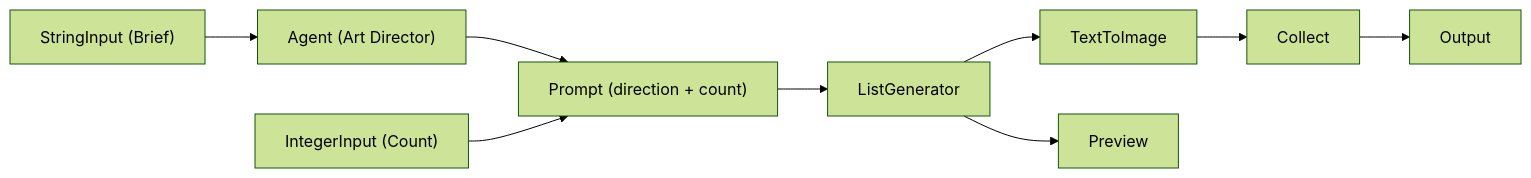
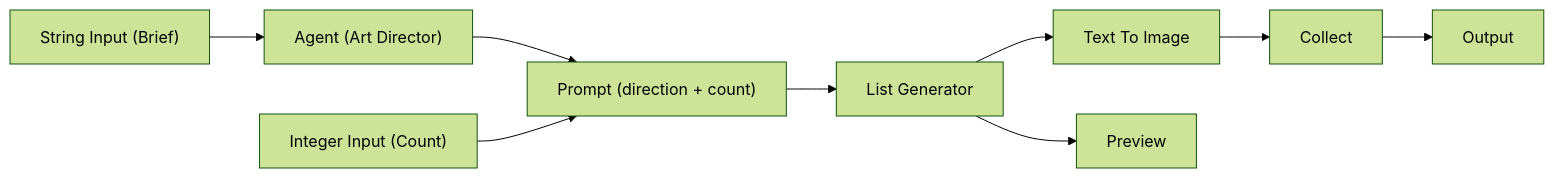
The sixth of 8 diagrams in docs/cookbook/patterns.md (nodetool-ai/nodetool), drawn with Mermaid (forest theme) before and after one commit. The commit also changed other lines of this file and 2 other files, not shown here.

```diff
--- a/docs/cookbook/patterns.md
+++ b/docs/cookbook/patterns.md
@@ -251,15 +250,15 @@
 {% mermaid %}
 graph LR
-  brief["StringInput (Brief)"]
-  count["IntegerInput (Count)"]
+  brief["String Input (Brief)"]
+  count["Integer Input (Count)"]
   direction["Agent (Art Director)"]
   ask["Prompt (direction + count)"]
-  prompts["ListGenerator"]
-  image["TextToImage"]
+  prompts["List Generator"]
+  image["Text To Image"]
   preview["Preview"]
   collect["Collect"]
   out["Output"]
   brief --> direction --> ask --> prompts --> image --> collect --> out
   count --> ask
   prompts --> preview
 {% endmermaid %}
```
